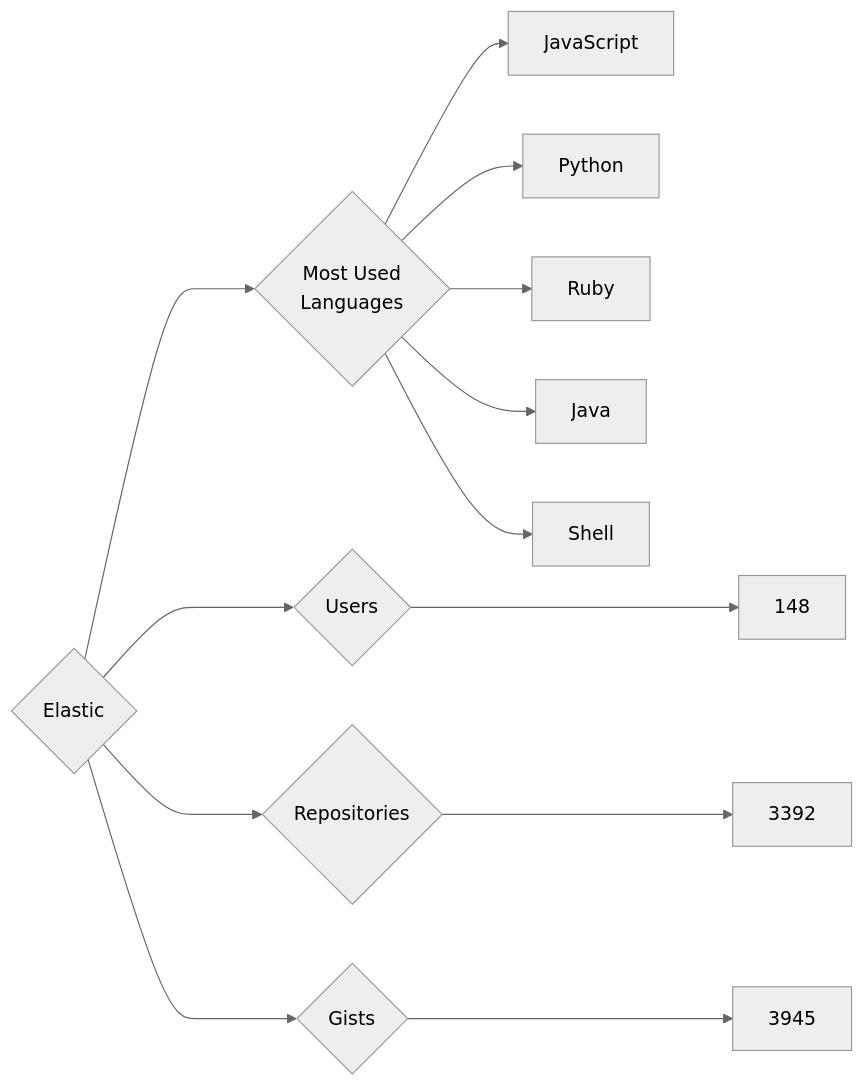
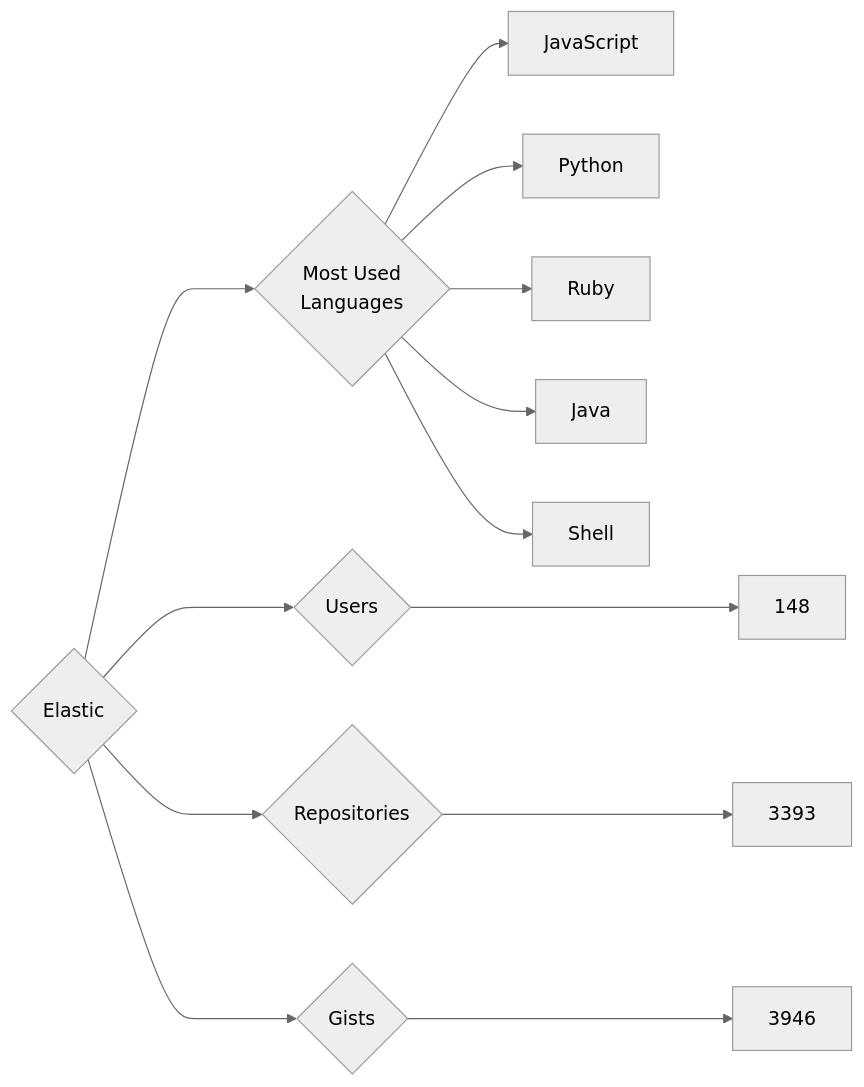
The diagram in targets/Elastic/README.md (trickest/insiders), drawn with Mermaid (neutral theme) before and after one commit. The commit also changed 714 other files, not shown here.

````diff
--- a/targets/Elastic/README.md
+++ b/targets/Elastic/README.md
@@ -3,13 +3,13 @@
 ```mermaid
 graph LR
 COMPANY_NAME{Elastic}
 COMPANY_NAME ---> U{Users} ---> UN[148]
-COMPANY_NAME ---> R{Repositories} ---> RN[3392]
-COMPANY_NAME ---> G{Gists} ---> GN[3945]
+COMPANY_NAME ---> R{Repositories} ---> RN[3393]
+COMPANY_NAME ---> G{Gists} ---> GN[3946]
 COMPANY_NAME ---> ML{Most Used<br>Languages}
 ML --> JavaScript[JavaScript]
 ML --> Python[Python]
 ML --> Ruby[Ruby]
 ML --> Java[Java]
 ML --> Shell[Shell]
 ```
````
